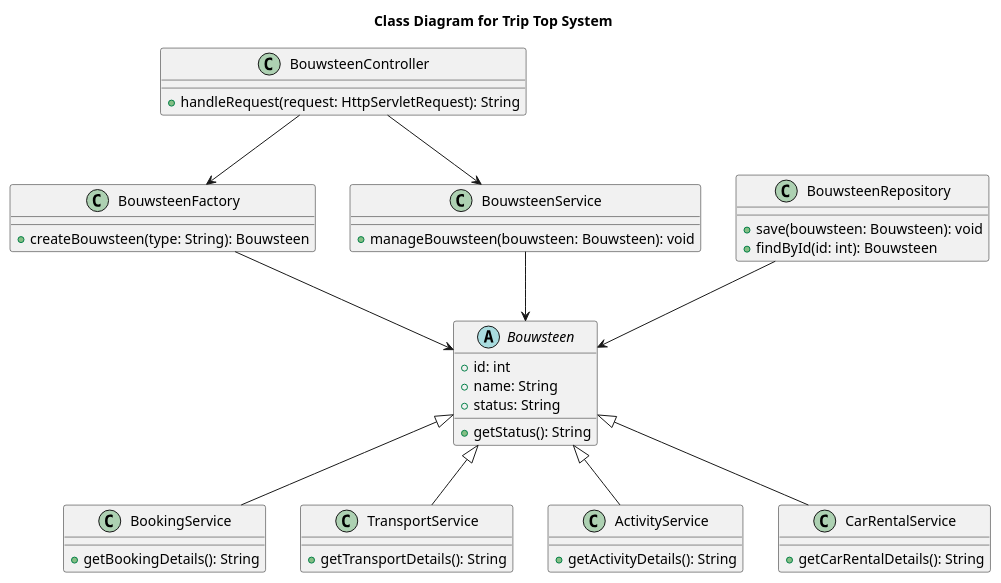
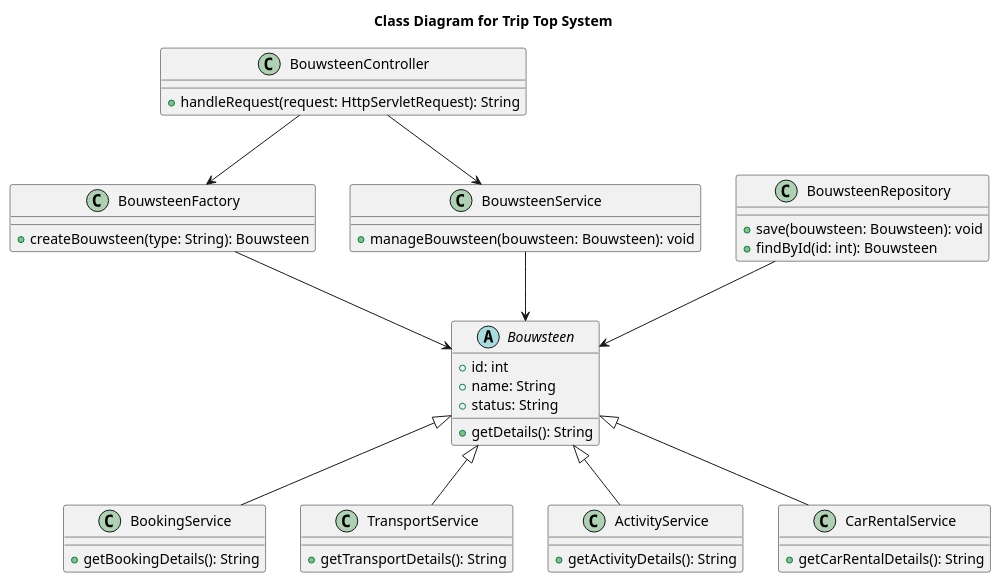
One commit to AIM-ENE-feb25/triptop-sqr-tech changed the diagram in Presentatie W2/ClassDiagrams/Class Diagram safa.puml. Above: the diagram before and after it, drawn with PlantUML.

Commit message:
Update Class Diagram safa.puml

```diff
--- a/Presentatie W2/ClassDiagrams/Class Diagram safa.puml
+++ b/Presentatie W2/ClassDiagrams/Class Diagram safa.puml
@@ -1,52 +1,52 @@
 @startuml
 title Class Diagram for Trip Top System
 
 class BouwsteenController {
     +handleRequest(request: HttpServletRequest): String
 }
 
 class BouwsteenFactory {
     +createBouwsteen(type: String): Bouwsteen
 }
 
 abstract class Bouwsteen {
     +id: int
     +name: String
     +status: String
-    +getStatus(): String
+    +getDetails(): String
 }
 
 class BookingService extends Bouwsteen {
     +getBookingDetails(): String
 }
 
 class TransportService extends Bouwsteen {
     +getTransportDetails(): String
 }
 
 class ActivityService extends Bouwsteen {
     +getActivityDetails(): String
 }
 
 class CarRentalService extends Bouwsteen {
     +getCarRentalDetails(): String
 }
 
 class BouwsteenRepository {
     +save(bouwsteen: Bouwsteen): void
     +findById(id: int): Bouwsteen
 }
 
 class BouwsteenService {
     +manageBouwsteen(bouwsteen: Bouwsteen): void
 }
 
 
 
 BouwsteenFactory --> Bouwsteen
 BouwsteenRepository --> Bouwsteen
 BouwsteenService --> Bouwsteen
 BouwsteenController --> BouwsteenFactory
 BouwsteenController --> BouwsteenService
 
 @enduml
```
